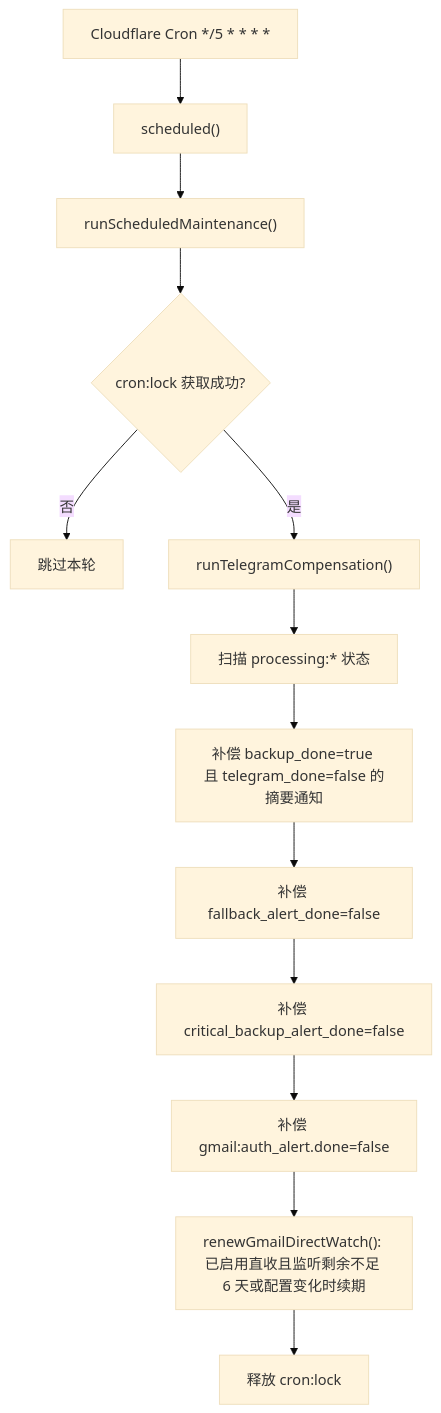
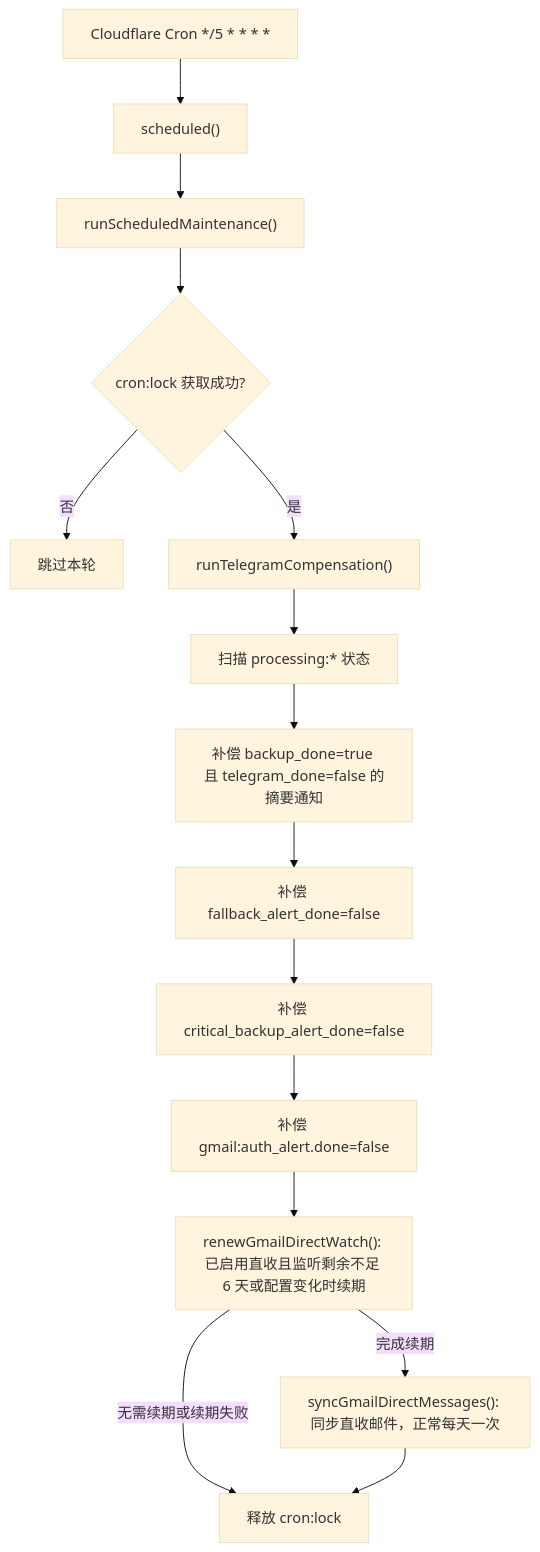
One commit to lainbo/synopsis changed the third of 3 diagrams in docs/ai-maintenance/architecture.md. Above: the diagram before and after it, drawn with Mermaid (base theme). The commit also changed other lines of this file and 8 other files, not shown here.

````diff
--- a/docs/ai-maintenance/architecture.md
+++ b/docs/ai-maintenance/architecture.md
@@ -92,15 +92,17 @@
 ```mermaid
 flowchart TD
   A["Cloudflare Cron */5 * * * *"] --> B["scheduled()"]
   B --> C["runScheduledMaintenance()"]
   C --> D{"cron:lock 获取成功?"}
   D -- "否" --> E["跳过本轮"]
   D -- "是" --> F["runTelegramCompensation()"]
   F --> G["扫描 processing:* 状态"]
   G --> H["补偿 backup_done=true 且 telegram_done=false 的摘要通知"]
   H --> I["补偿 fallback_alert_done=false"]
   I --> J["补偿 critical_backup_alert_done=false"]
   J --> K["补偿 gmail:auth_alert.done=false"]
   K --> W["renewGmailDirectWatch(): 已启用直收且监听剩余不足 6 天或配置变化时续期"]
-  W --> L["释放 cron:lock"]
+  W -- "完成续期" --> X["syncGmailDirectMessages(): 同步直收邮件，正常每天一次"]
+  W -- "无需续期或续期失败" --> L["释放 cron:lock"]
+  X --> L
 ```
````
